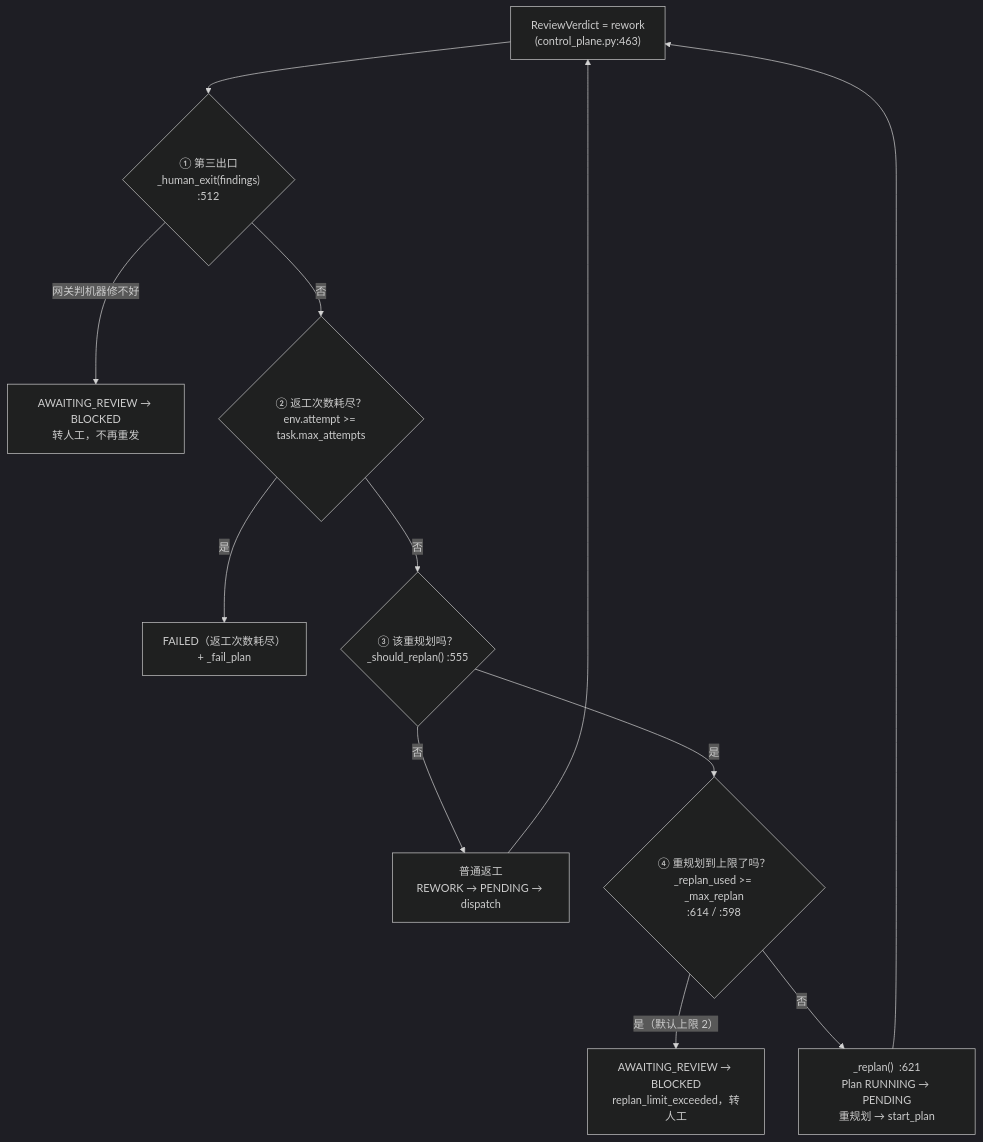
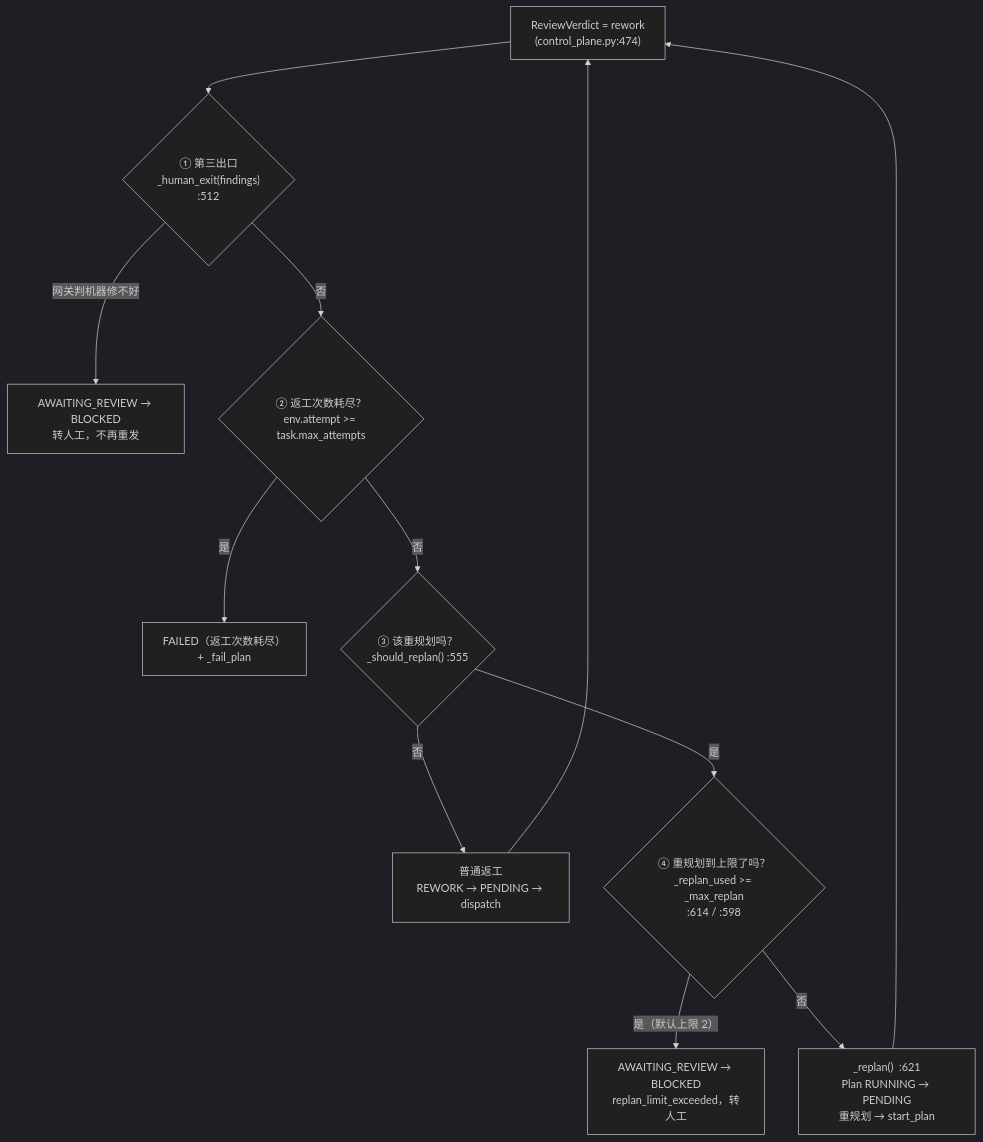
One commit to TomwaltW/maos-runtime changed the diagram in docs/defense-brief.md. Above: the diagram before and after it, drawn with Mermaid (dark theme). The commit also changed other lines of this file and 55 other files, not shown here.

````diff
--- a/docs/defense-brief.md
+++ b/docs/defense-brief.md
@@ -1894,23 +1961,23 @@
 ```mermaid
 flowchart TD
-    V["ReviewVerdict = rework<br/>(control_plane.py:463)"] --> S1
+    V["ReviewVerdict = rework<br/>(control_plane.py:474)"] --> S1
 
     S1{"① 第三出口<br/>_human_exit(findings)<br/>:512"}
     S1 -- "网关判机器修不好" --> H1["AWAITING_REVIEW → BLOCKED<br/>转人工，不再重发"]
     S1 -- 否 --> S2
 
     S2{"② 返工次数耗尽？<br/>env.attempt >= task.max_attempts"}
     S2 -- 是 --> F["FAILED（返工次数耗尽）<br/>+ _fail_plan"]
     S2 -- 否 --> S3
 
     S3{"③ 该重规划吗？<br/>_should_replan()  :555"}
     S3 -- 否 --> RW["普通返工<br/>REWORK → PENDING → dispatch"]
     S3 -- 是 --> S4
 
     S4{"④ 重规划到上限了吗？<br/>_replan_used >= _max_replan<br/>:614 / :598"}
     S4 -- "是（默认上限 2）" --> H2["AWAITING_REVIEW → BLOCKED<br/>replan_limit_exceeded，转人工"]
     S4 -- 否 --> RP["_replan()  :621<br/>Plan RUNNING → PENDING<br/>重规划 → start_plan"]
 
     RW --> V
     RP --> V
 ```
````
